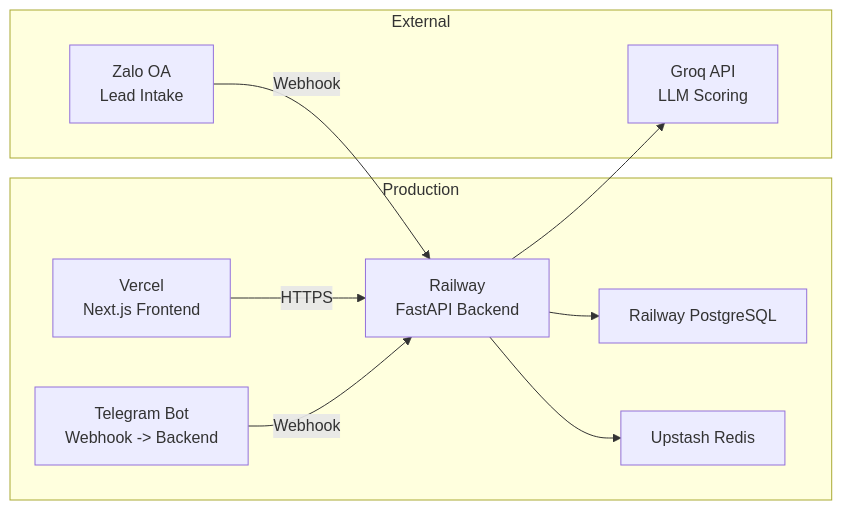
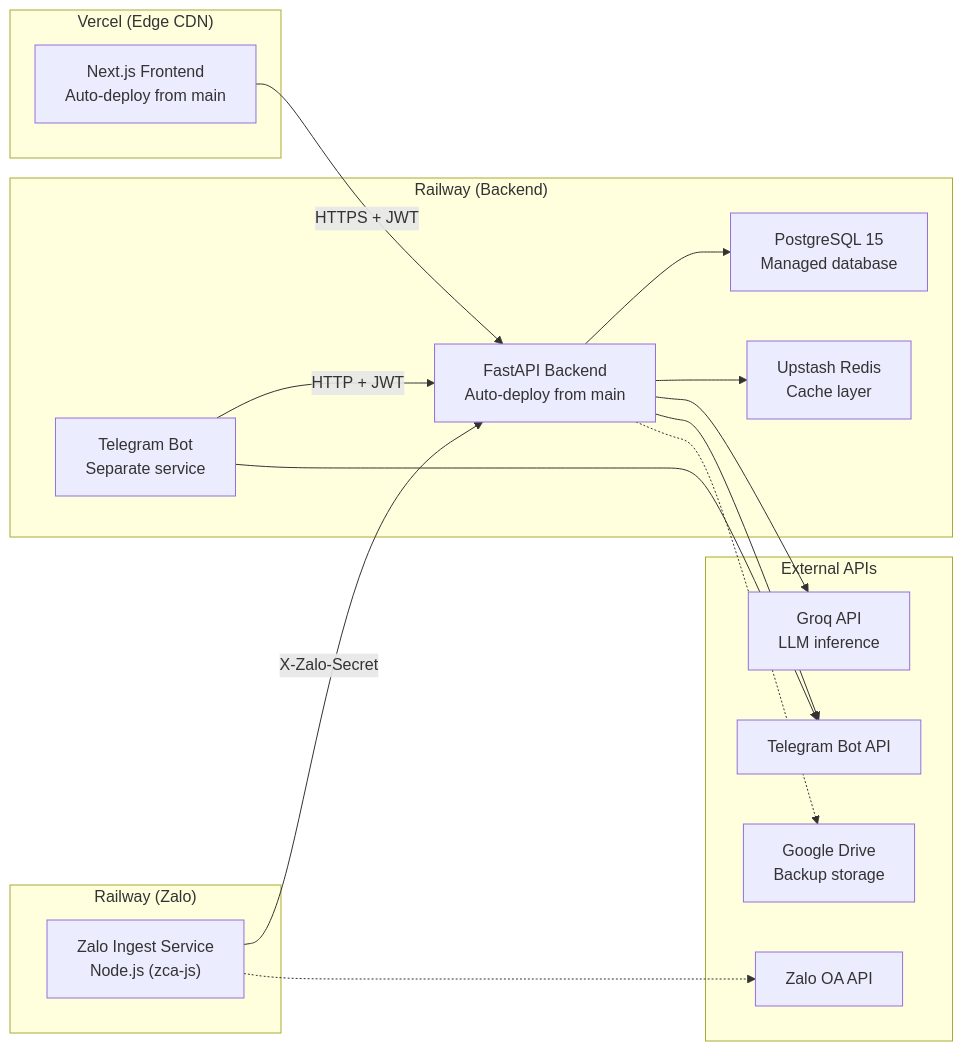
Before and after one commit to anhthien8/jamaerp: the seventh of 7 diagrams in docs/00-System-Architecture.md, drawn with Mermaid. The commit also changed other lines of this file and 28 other files, not shown here.

````diff
--- a/docs/00-System-Architecture.md
+++ b/docs/00-System-Architecture.md
@@ -306,22 +426,35 @@
 ```mermaid
 graph LR
-    subgraph "Production"
-        VERCEL[Vercel<br/>Next.js Frontend]
-        RAILWAY[Railway<br/>FastAPI Backend]
-        PG[Railway PostgreSQL]
-        REDIS_PROD[Upstash Redis]
-        TG_BOT[Telegram Bot<br/>Webhook -> Backend]
+    subgraph "Vercel (Edge CDN)"
+        VERCEL["Next.js Frontend<br/>Auto-deploy from main"]
     end
 
-    subgraph "External"
-        GROQ_API[Groq API<br/>LLM Scoring]
-        ZALO[Zalo OA<br/>Lead Intake]
+    subgraph "Railway (Backend)"
+        BE_RAIL["FastAPI Backend<br/>Auto-deploy from main"]
+        TG_RAIL["Telegram Bot<br/>Separate service"]
+        PG_RAIL["PostgreSQL 15<br/>Managed database"]
+        REDIS["Upstash Redis<br/>Cache layer"]
     end
 
-    VERCEL -->|HTTPS| RAILWAY
-    TG_BOT -->|Webhook| RAILWAY
-    RAILWAY --> PG
-    RAILWAY --> REDIS_PROD
-    RAILWAY --> GROQ_API
-    ZALO -->|Webhook| RAILWAY
+    subgraph "Railway (Zalo)"
+        ZALO_SERVICE["Zalo Ingest Service<br/>Node.js (zca-js)"]
+    end
+
+    subgraph "External APIs"
+        GROQ_API["Groq API<br/>LLM inference"]
+        TGBOT["Telegram Bot API"]
+        ZALO_API["Zalo OA API"]
+        GDRIVE["Google Drive<br/>Backup storage"]
+    end
+
+    VERCEL -->|"HTTPS + JWT"| BE_RAIL
+    TG_RAIL -->|"HTTP + JWT"| BE_RAIL
+    ZALO_SERVICE -->|"X-Zalo-Secret"| BE_RAIL
+    BE_RAIL --> PG_RAIL
+    BE_RAIL --> REDIS
+    BE_RAIL --> GROQ_API
+    TG_RAIL --> TGBOT
+    BE_RAIL --> TGBOT
+    ZALO_SERVICE -.-> ZALO_API
+    BE_RAIL -.-> GDRIVE
 ```
````
